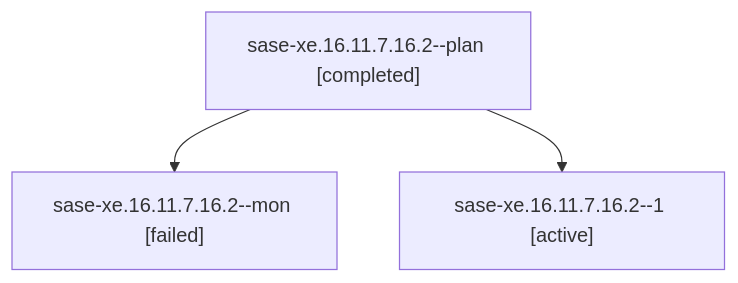
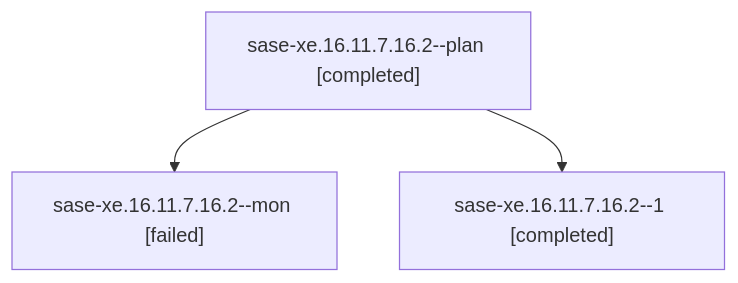
The diagram in families/bbugyi200.apollo.sase-xe.16.11.7.16.2.md (sase-org/sase--agents), drawn with Mermaid before and after one commit. The commit also changed other lines of this file and 47 other files, not shown here.

````diff
--- a/families/bbugyi200.apollo.sase-xe.16.11.7.16.2.md
+++ b/families/bbugyi200.apollo.sase-xe.16.11.7.16.2.md
@@ -9,8 +9,8 @@
 ```mermaid
 flowchart TD
   n0["sase-xe.16.11.7.16.2--plan [completed]"]
   n1["sase-xe.16.11.7.16.2--mon [failed]"]
   n0 --> n1
-  n2["sase-xe.16.11.7.16.2--1 [active]"]
+  n2["sase-xe.16.11.7.16.2--1 [completed]"]
   n0 --> n2
 ```
````
